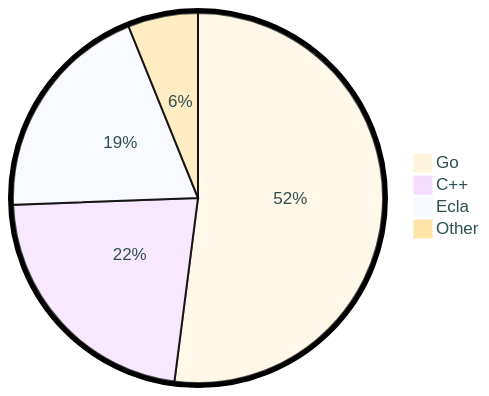
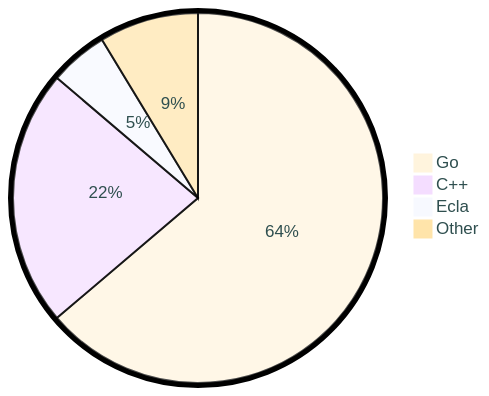
Before and after one commit to tot0p/tot0p: the diagram in README.md, drawn with Mermaid. The commit also changed other lines of this file, not shown here.

````diff
--- a/README.md
+++ b/README.md
@@ -88,8 +88,8 @@
 ```mermaid
 %%{init: {"pie": {"textPosition": 0.5}, "themeVariables": {"pieOuterStrokeWidth": "5px","primaryTextColor" : "#2F4F4F"},"theme":"base"} }%%
 pie
-	"Go": 52.03
-	"C++": 22.38
-	"Ecla": 19.47
-	"Other": 6.119999999999999
+	"Go": 63.78
+	"C++": 22.44
+	"Ecla": 5.09
+	"Other": 8.68
 ```
````
